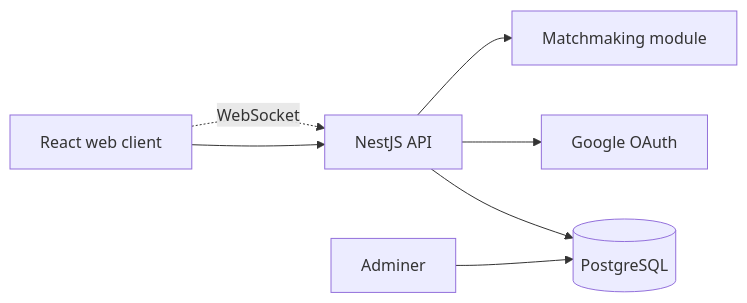
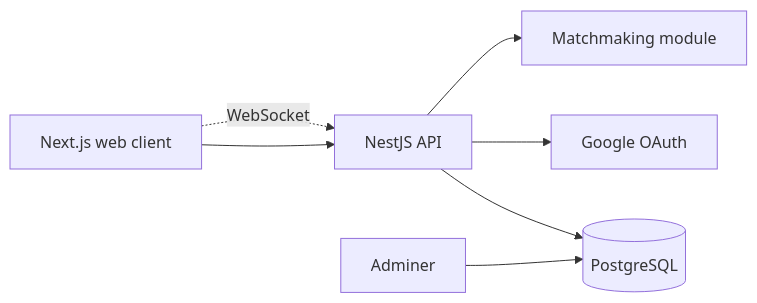
The first of 2 diagrams in README.md (ALIELYOUSS/ft_transcendence), drawn with Mermaid before and after one commit. The commit also changed other lines of this file, not shown here.

````diff
--- a/README.md
+++ b/README.md
@@ -75,9 +75,9 @@
 ```mermaid
 flowchart LR
-    Browser[React web client] --> API[NestJS API]
+    Browser[Next.js web client] --> API[NestJS API]
     Browser -. WebSocket .-> API
     API --> DB[(PostgreSQL)]
     API --> Auth[Google OAuth]
     API --> Match[Matchmaking module]
     Adminer[Adminer] --> DB
 ```
````
